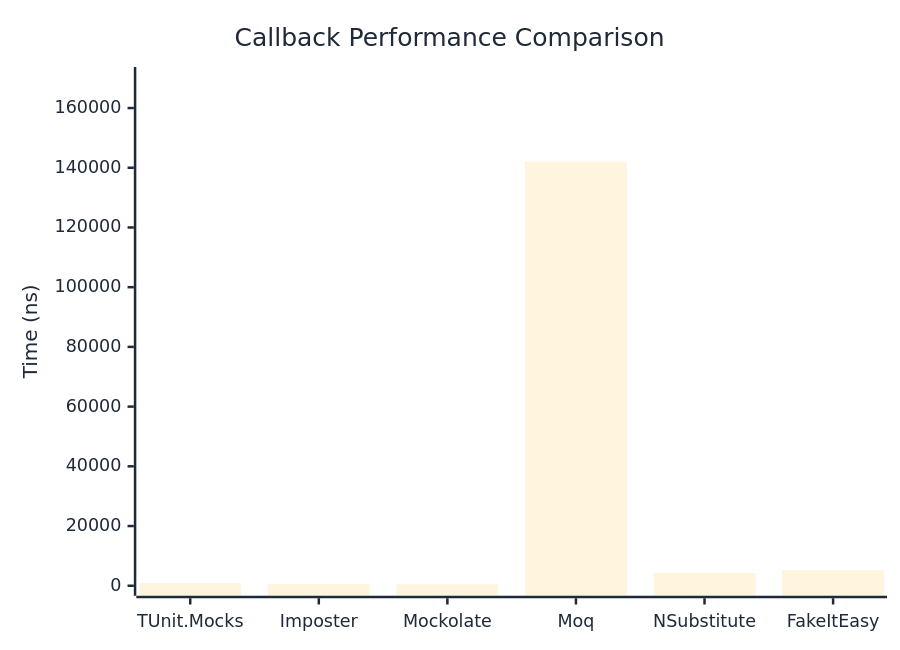
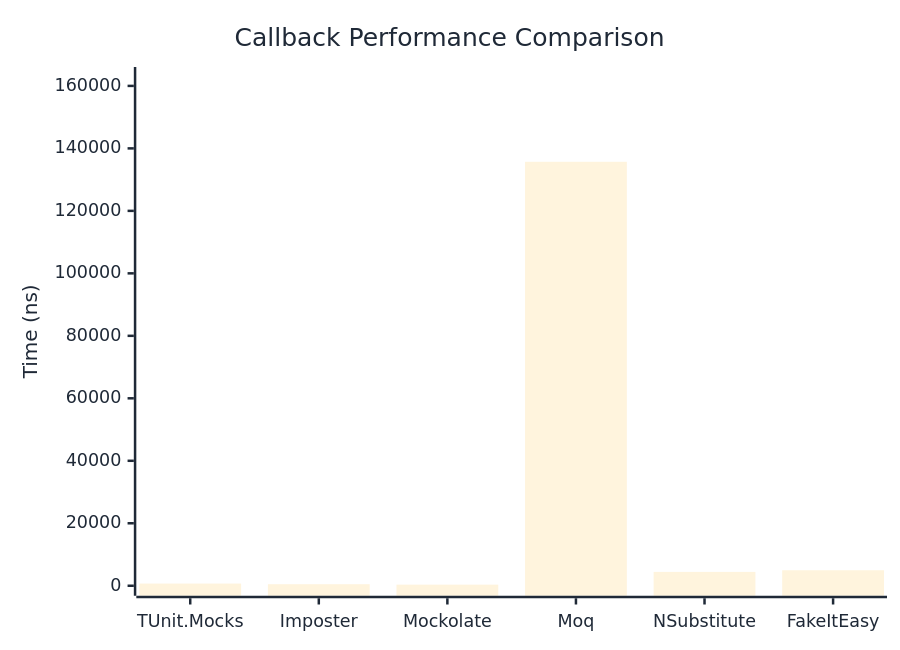
One commit to thomhurst/TUnit changed the first of 2 diagrams in docs/docs/benchmarks/mocks/Callback.md. Above: the diagram before and after it, drawn with Mermaid. The commit also changed other lines of this file and 14 other files, not shown here.

````diff
--- a/docs/docs/benchmarks/mocks/Callback.md
+++ b/docs/docs/benchmarks/mocks/Callback.md
@@ -28,27 +28,27 @@
 ```mermaid
 %%{init: {
   'theme':'base',
   'themeVariables': {
     'primaryColor': '#2563eb',
     'primaryTextColor': '#1f2937',
     'primaryBorderColor': '#1e40af',
     'lineColor': '#6b7280',
     'secondaryColor': '#7c3aed',
     'tertiaryColor': '#dc2626',
     'background': '#ffffff',
     'pie1': '#2563eb',
     'pie2': '#7c3aed',
     'pie3': '#dc2626',
     'pie4': '#f59e0b',
     'pie5': '#10b981',
     'pie6': '#06b6d4',
     'pie7': '#ec4899',
     'pie8': '#6366f1'
   }
 }}%%
 xychart-beta
   title "Callback Performance Comparison"
   x-axis ["TUnit.Mocks", "Imposter", "Mockolate", "Moq", "NSubstitute", "FakeItEasy"]
-  y-axis "Time (ns)" 0 --> 170394
-  bar [832.4, 587.1, 455.5, 141994.4, 4313.2, 5209.3]
+  y-axis "Time (ns)" 0 --> 162849
+  bar [702.4, 490.9, 351.6, 135707.2, 4436.6, 4958.7]
 ```
````
